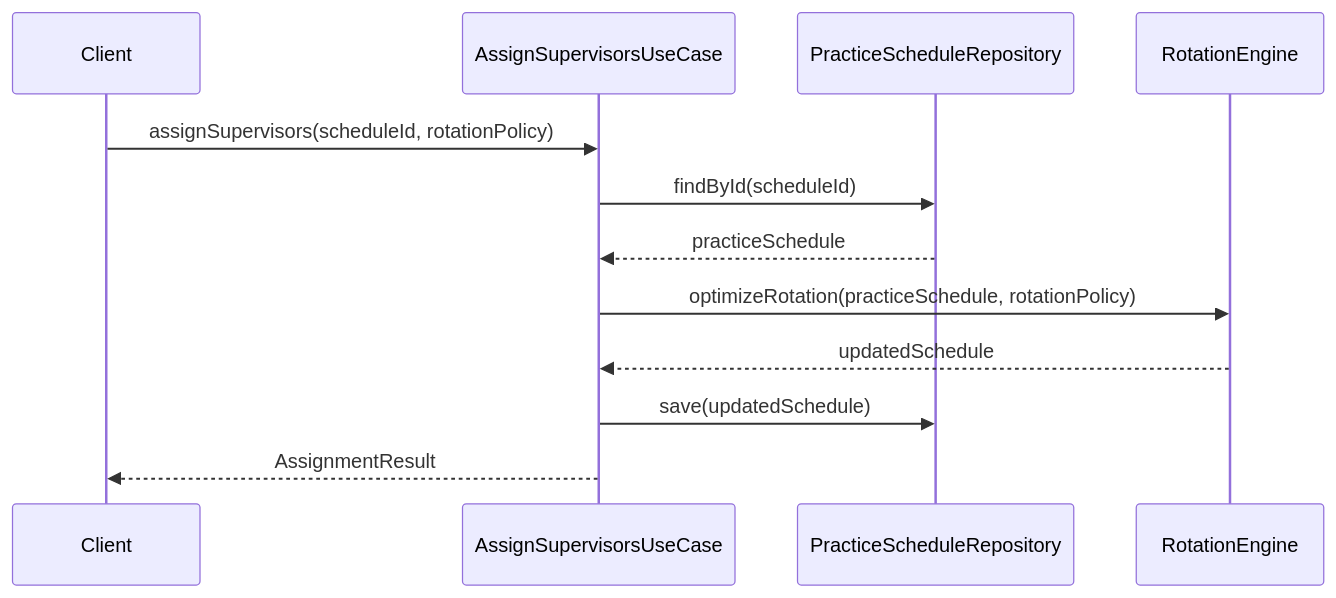
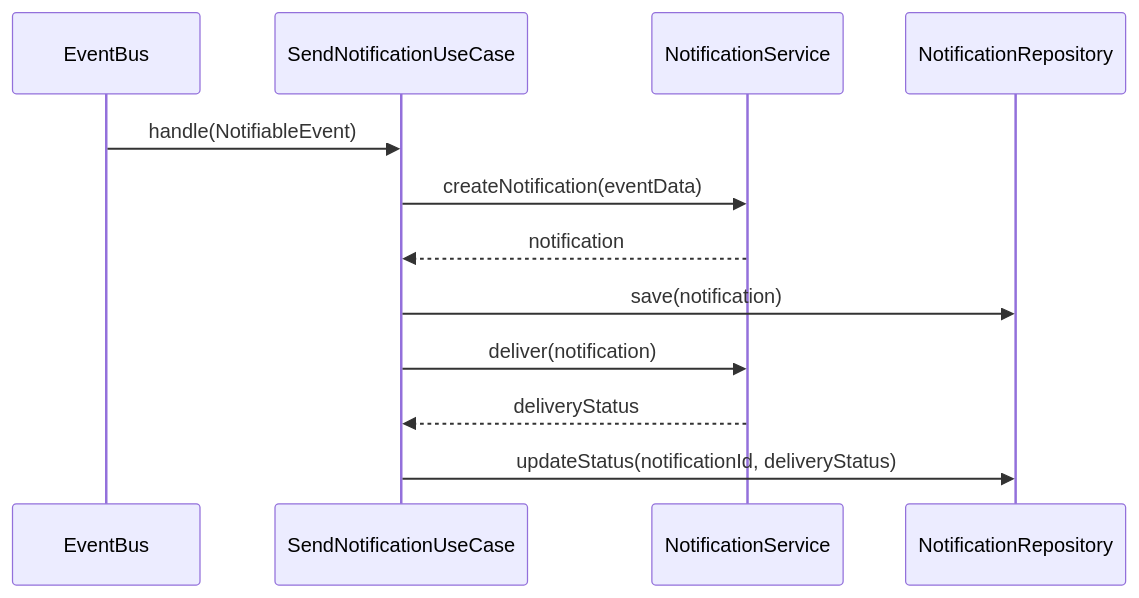
Before and after one commit to NowatariSoma/tomosigoto_nou_system: diagram 11 of 18 in 設計書/05_アプリケーション層.md, drawn with Mermaid. The commit also changed other lines of this file and 12 other files, not shown here.

````diff
--- a/設計書/05_アプリケーション層.md
+++ b/設計書/05_アプリケーション層.md
@@ -313,15 +383,15 @@
 ```mermaid
 sequenceDiagram
-    participant Client
-    participant UseCase as AssignSupervisorsUseCase
-    participant Repository as PracticeScheduleRepository
-    participant Rotation as RotationEngine
+    participant EventBus
+    participant UseCase as SendNotificationUseCase
+    participant Service as NotificationService
+    participant Repository as NotificationRepository
     
-    Client->>UseCase: assignSupervisors(scheduleId, rotationPolicy)
-    UseCase->>Repository: findById(scheduleId)
-    Repository-->>UseCase: practiceSchedule
-    UseCase->>Rotation: optimizeRotation(practiceSchedule, rotationPolicy)
-    Rotation-->>UseCase: updatedSchedule
-    UseCase->>Repository: save(updatedSchedule)
-    UseCase-->>Client: AssignmentResult
+    EventBus->>UseCase: handle(NotifiableEvent)
+    UseCase->>Service: createNotification(eventData)
+    Service-->>UseCase: notification
+    UseCase->>Repository: save(notification)
+    UseCase->>Service: deliver(notification)
+    Service-->>UseCase: deliveryStatus
+    UseCase->>Repository: updateStatus(notificationId, deliveryStatus)
 ```
````
